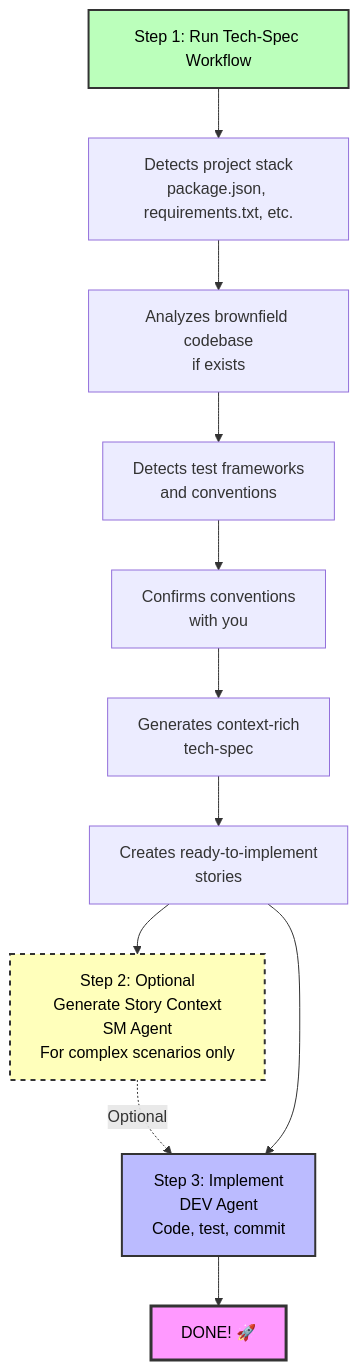
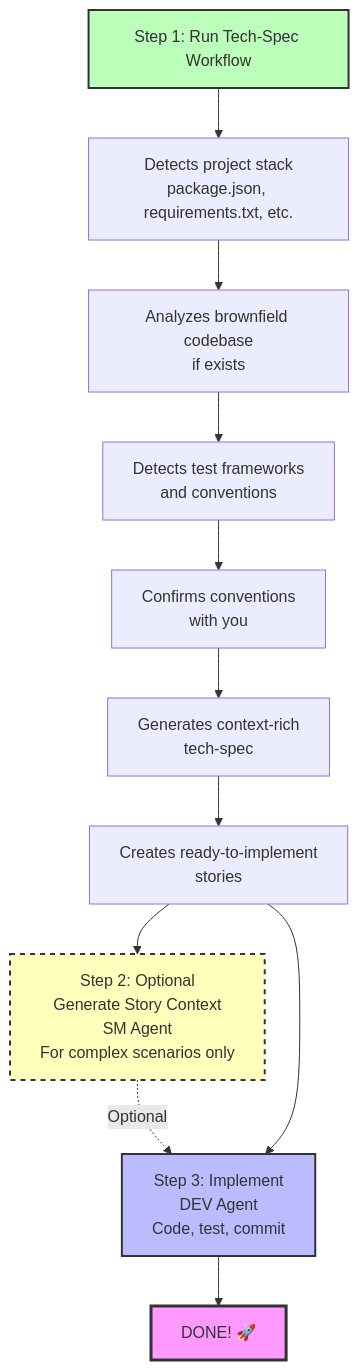
Before and after one commit to bluelight-hub/app: the diagram in .bmad/bmm/docs/quick-spec-flow.md, drawn with Mermaid. The commit also changed other lines of this file and 639 other files, not shown here.

````diff
--- a/.bmad/bmm/docs/quick-spec-flow.md
+++ b/.bmad/bmm/docs/quick-spec-flow.md
@@ -36,32 +36,32 @@
 ```mermaid
 flowchart TD
     START[Step 1: Run Tech-Spec Workflow]
     DETECT[Detects project stack<br/>package.json, requirements.txt, etc.]
     ANALYZE[Analyzes brownfield codebase<br/>if exists]
     TEST[Detects test frameworks<br/>and conventions]
     CONFIRM[Confirms conventions<br/>with you]
     GENERATE[Generates context-rich<br/>tech-spec]
     STORIES[Creates ready-to-implement<br/>stories]
 
     OPTIONAL[Step 2: Optional<br/>Generate Story Context<br/>SM Agent<br/>For complex scenarios only]
 
     IMPL[Step 3: Implement<br/>DEV Agent<br/>Code, test, commit]
 
     DONE[DONE! 🚀]
 
     START --> DETECT
     DETECT --> ANALYZE
     ANALYZE --> TEST
     TEST --> CONFIRM
     CONFIRM --> GENERATE
     GENERATE --> STORIES
     STORIES --> OPTIONAL
     OPTIONAL -.->|Optional| IMPL
     STORIES --> IMPL
     IMPL --> DONE
 
-    style START fill:#bfb,stroke:#333,stroke-width:2px,color:#000
-    style OPTIONAL fill:#ffb,stroke:#333,stroke-width:2px,stroke-dasharray: 5 5,color:#000
-    style IMPL fill:#bbf,stroke:#333,stroke-width:2px,color:#000
-    style DONE fill:#f9f,stroke:#333,stroke-width:3px,color:#000
+    style START fill:#bfb,stroke:#333,stroke-width:2px
+    style OPTIONAL fill:#ffb,stroke:#333,stroke-width:2px,stroke-dasharray: 5 5
+    style IMPL fill:#bbf,stroke:#333,stroke-width:2px
+    style DONE fill:#f9f,stroke:#333,stroke-width:3px
 ```
````
